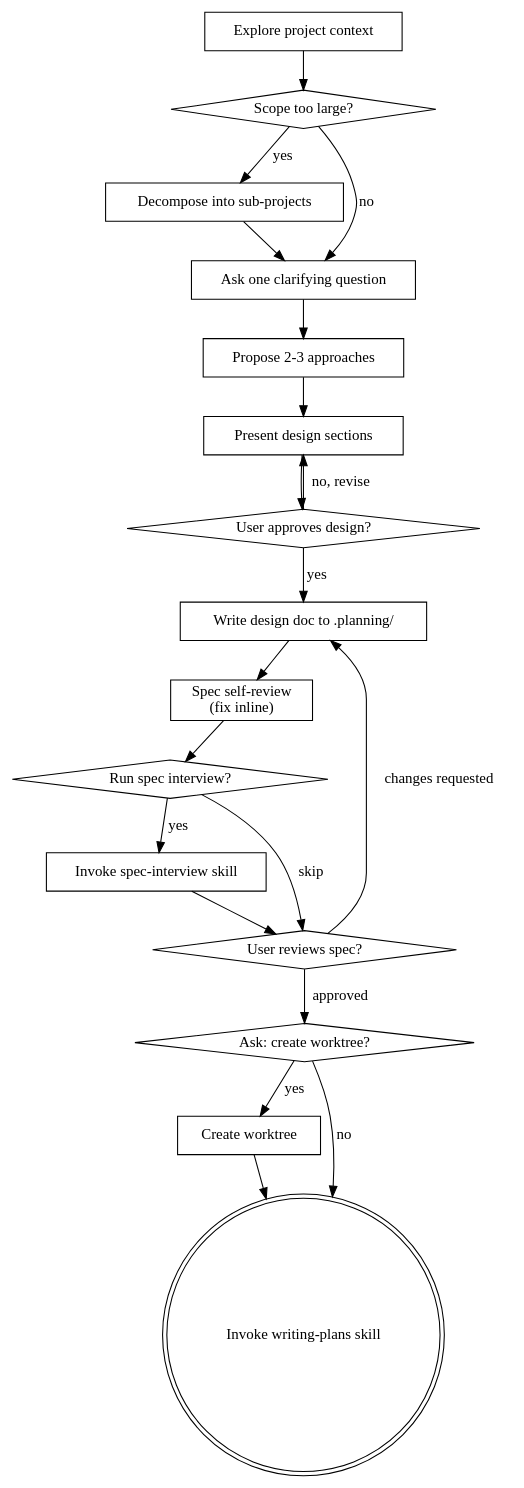
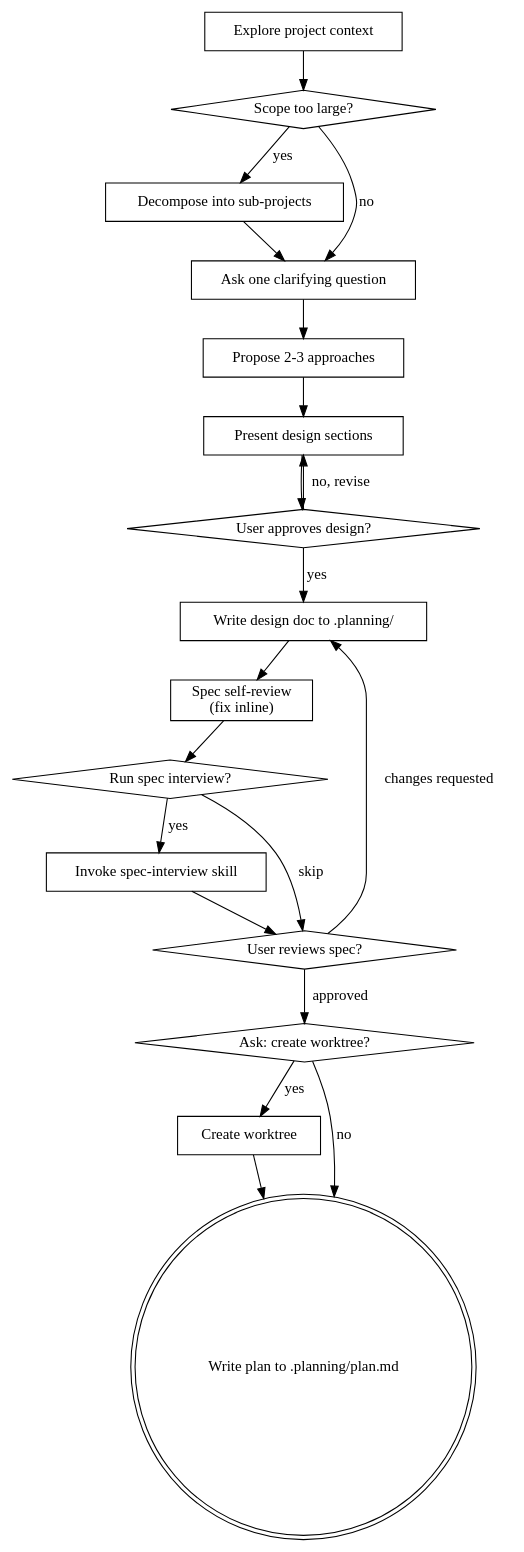
One commit to SipengXie2024/superpower-planning changed the diagram in skills/brainstorming/SKILL.md. Above: the diagram before and after it, drawn with Graphviz. The commit also changed other lines of this file and 22 other files, not shown here.

````diff
--- a/skills/brainstorming/SKILL.md
+++ b/skills/brainstorming/SKILL.md
@@ -60,39 +60,39 @@
 ```dot
 digraph brainstorming {
     "Explore project context" [shape=box];
     "Scope too large?" [shape=diamond];
     "Decompose into sub-projects" [shape=box];
     "Ask one clarifying question" [shape=box];
     "Propose 2-3 approaches" [shape=box];
     "Present design sections" [shape=box];
     "User approves design?" [shape=diamond];
     "Write design doc to .planning/" [shape=box];
     "Spec self-review\n(fix inline)" [shape=box];
     "Run spec interview?" [shape=diamond];
     "Invoke spec-interview skill" [shape=box];
     "User reviews spec?" [shape=diamond];
     "Ask: create worktree?" [shape=diamond];
     "Create worktree" [shape=box];
-    "Invoke writing-plans skill" [shape=doublecircle];
+    "Write plan to .planning/plan.md" [shape=doublecircle];
 
     "Explore project context" -> "Scope too large?";
     "Scope too large?" -> "Decompose into sub-projects" [label="yes"];
     "Scope too large?" -> "Ask one clarifying question" [label="no"];
     "Decompose into sub-projects" -> "Ask one clarifying question";
     "Ask one clarifying question" -> "Propose 2-3 approaches";
     "Propose 2-3 approaches" -> "Present design sections";
     "Present design sections" -> "User approves design?";
     "User approves design?" -> "Present design sections" [label="no, revise"];
     "User approves design?" -> "Write design doc to .planning/" [label="yes"];
     "Write design doc to .planning/" -> "Spec self-review\n(fix inline)";
     "Spec self-review\n(fix inline)" -> "Run spec interview?";
     "Run spec interview?" -> "Invoke spec-interview skill" [label="yes"];
     "Run spec interview?" -> "User reviews spec?" [label="skip"];
     "Invoke spec-interview skill" -> "User reviews spec?";
     "User reviews spec?" -> "Write design doc to .planning/" [label="changes requested"];
     "User reviews spec?" -> "Ask: create worktree?" [label="approved"];
     "Ask: create worktree?" -> "Create worktree" [label="yes"];
-    "Ask: create worktree?" -> "Invoke writing-plans skill" [label="no"];
-    "Create worktree" -> "Invoke writing-plans skill";
+    "Ask: create worktree?" -> "Write plan to .planning/plan.md" [label="no"];
+    "Create worktree" -> "Write plan to .planning/plan.md";
 }
 ```
````
